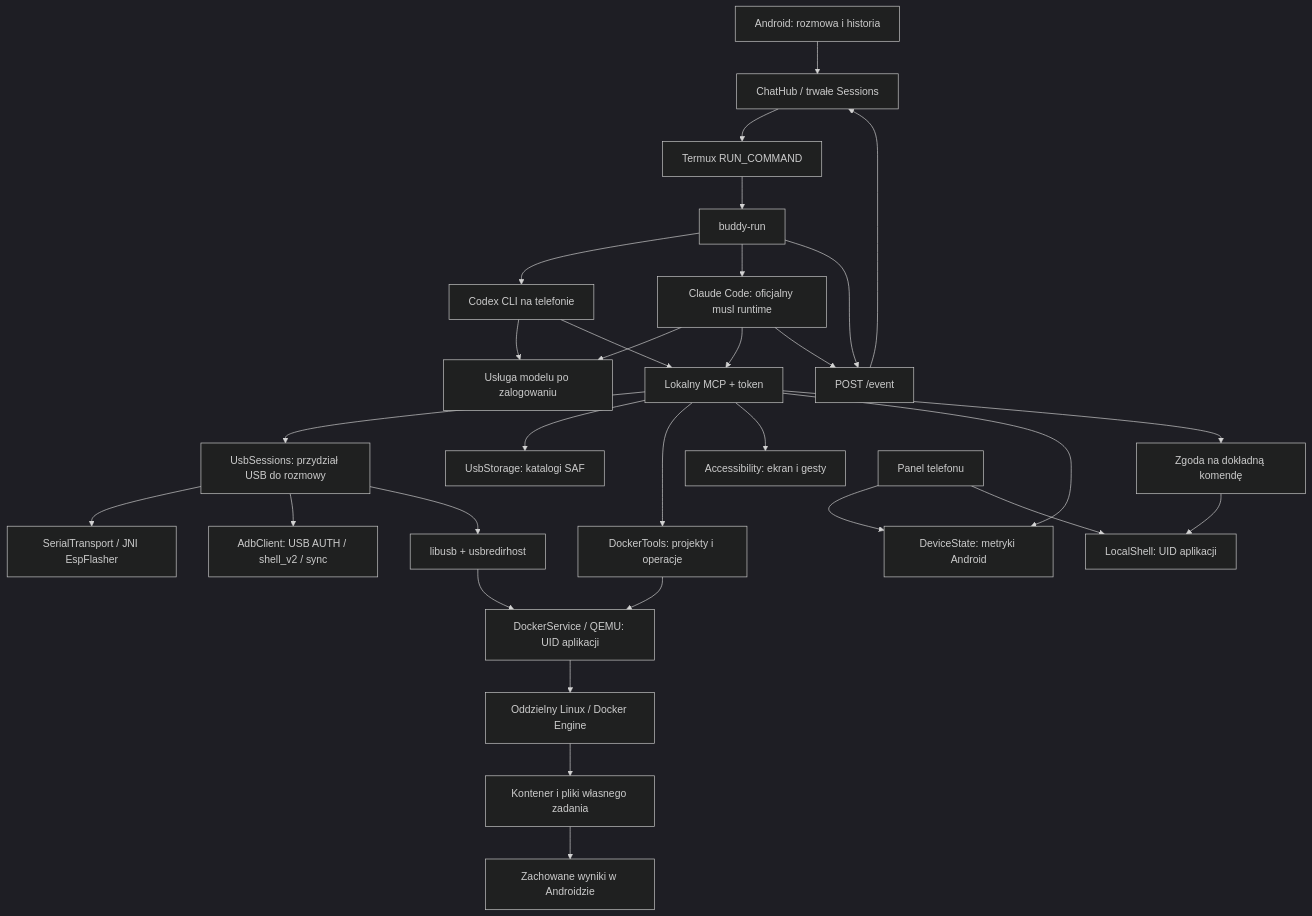
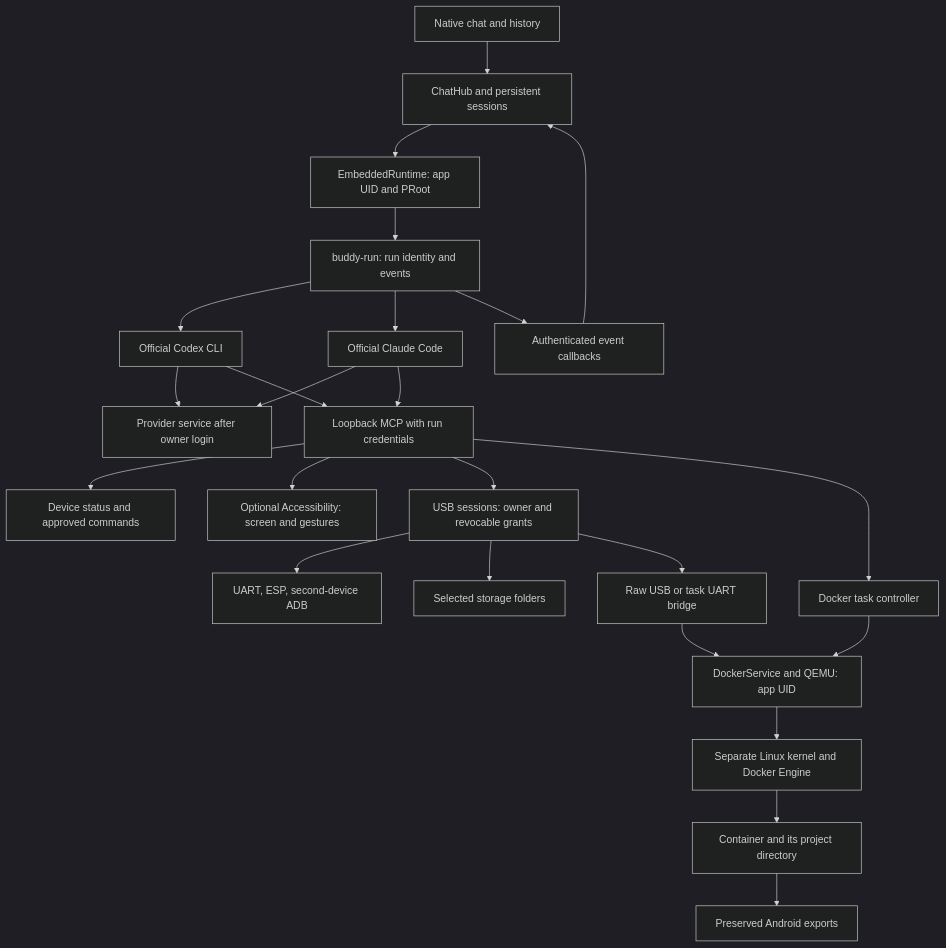
The diagram in docs/ARCHITECTURE.md (mateuszsury/androidagent), drawn with Mermaid (dark theme) before and after one commit. The commit also changed other lines of this file and 194 other files, not shown here.

````diff
--- a/docs/ARCHITECTURE.md
+++ b/docs/ARCHITECTURE.md
@@ -19,32 +7,26 @@
 ```mermaid
 flowchart TD
-  UI[Android: rozmowa i historia] --> HUB[ChatHub / trwałe Sessions]
-  HUB --> INTENT[Termux RUN_COMMAND]
-  INTENT --> HELPER[buddy-run]
-  HELPER --> CODEX[Codex CLI na telefonie]
-  HELPER --> CLAUDE[Claude Code: oficjalny musl runtime]
+  UI[Native chat and history] --> HUB[ChatHub and persistent sessions]
+  HUB --> RUNTIME[EmbeddedRuntime: app UID and PRoot]
+  RUNTIME --> HELPER[buddy-run: run identity and events]
+  HELPER --> CODEX[Official Codex CLI]
+  HELPER --> CLAUDE[Official Claude Code]
+  CODEX --> MODEL[Provider service after owner login]
   CLAUDE --> MODEL
+  CODEX --> MCP[Loopback MCP with run credentials]
   CLAUDE --> MCP
-  CLAUDE --> EVENTS
-  CODEX --> MODEL[Usługa modelu po zalogowaniu]
-  CODEX --> MCP[Lokalny MCP + token]
-  MCP --> USB[UsbSessions: przydział USB do rozmowy]
-  USB --> SERIAL[SerialTransport / JNI EspFlasher]
-  USB --> ADB[AdbClient: USB AUTH / shell_v2 / sync]
-  MCP --> SAF[UsbStorage: katalogi SAF]
-  USB --> REDIR[libusb + usbredirhost]
+  HELPER --> EVENTS[Authenticated event callbacks]
+  EVENTS --> HUB
+  MCP --> STATE[Device status and approved commands]
+  MCP --> ACCESS[Optional Accessibility: screen and gestures]
+  MCP --> USB[USB sessions: owner and revocable grants]
+  USB --> DIRECT[UART, ESP, second-device ADB]
+  USB --> SAF[Selected storage folders]
+  USB --> REDIR[Raw USB or task UART bridge]
+  MCP --> DOCKER[Docker task controller]
+  DOCKER --> VM[DockerService and QEMU: app UID]
   REDIR --> VM
-  MCP --> DOCKER[DockerTools: projekty i operacje]
-  DOCKER --> VM[DockerService / QEMU: UID aplikacji]
-  VM --> LINUX[Oddzielny Linux / Docker Engine]
-  LINUX --> CONTAINERS[Kontener i pliki własnego zadania]
-  CONTAINERS --> EXPORT[Zachowane wyniki w Androidzie]
-  MCP --> ACCESS[Accessibility: ekran i gesty]
-  MCP --> STATE[DeviceState: metryki Android]
-  MCP --> APPROVAL[Zgoda na dokładną komendę]
-  APPROVAL --> SHELL[LocalShell: UID aplikacji]
-  HELPER --> EVENTS[POST /event]
-  EVENTS --> HUB
-  PANEL[Panel telefonu] --> STATE
-  PANEL --> SHELL
+  VM --> LINUX[Separate Linux kernel and Docker Engine]
+  LINUX --> TASK[Container and its project directory]
+  TASK --> EXPORT[Preserved Android exports]
 ```
````
